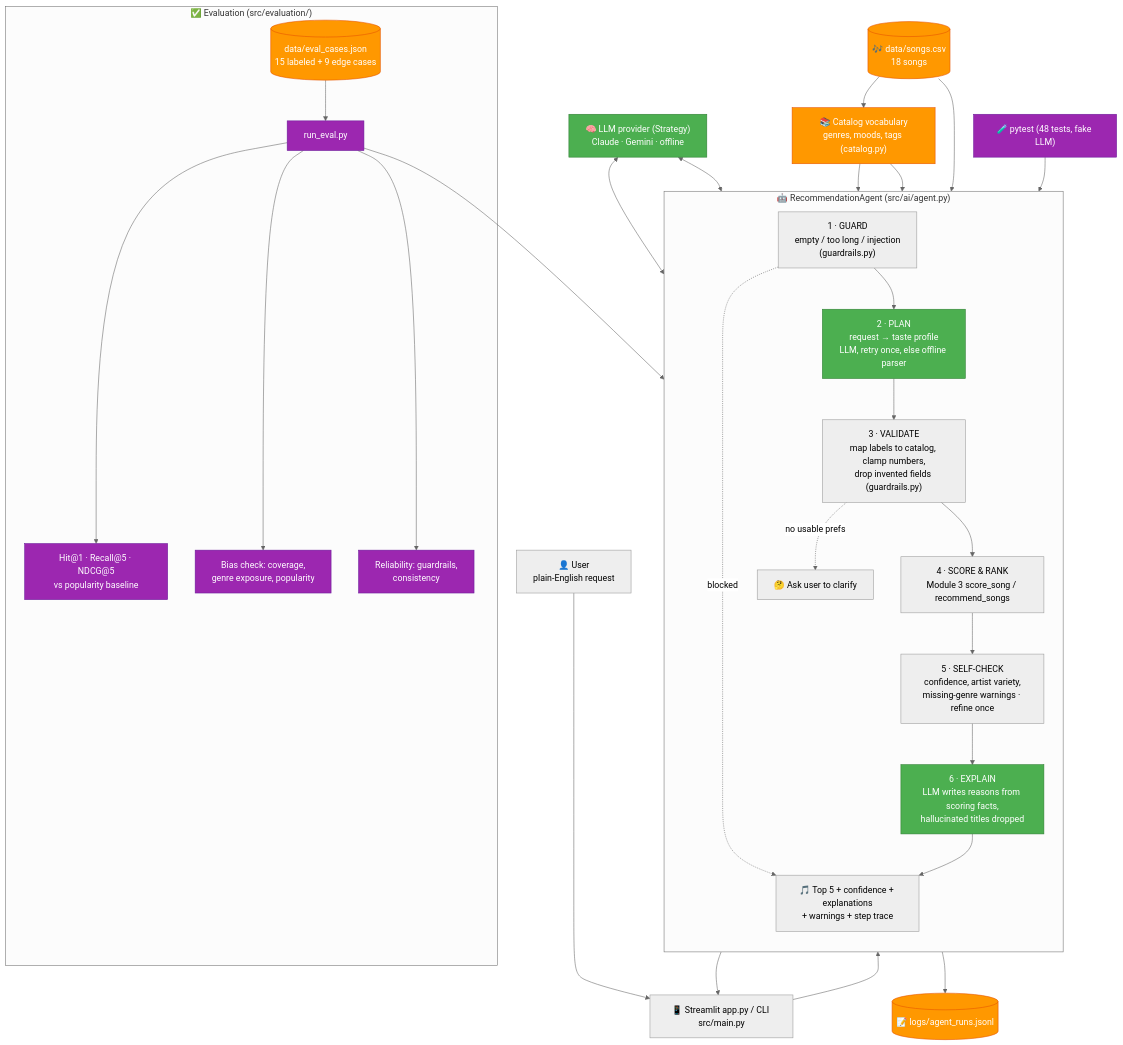
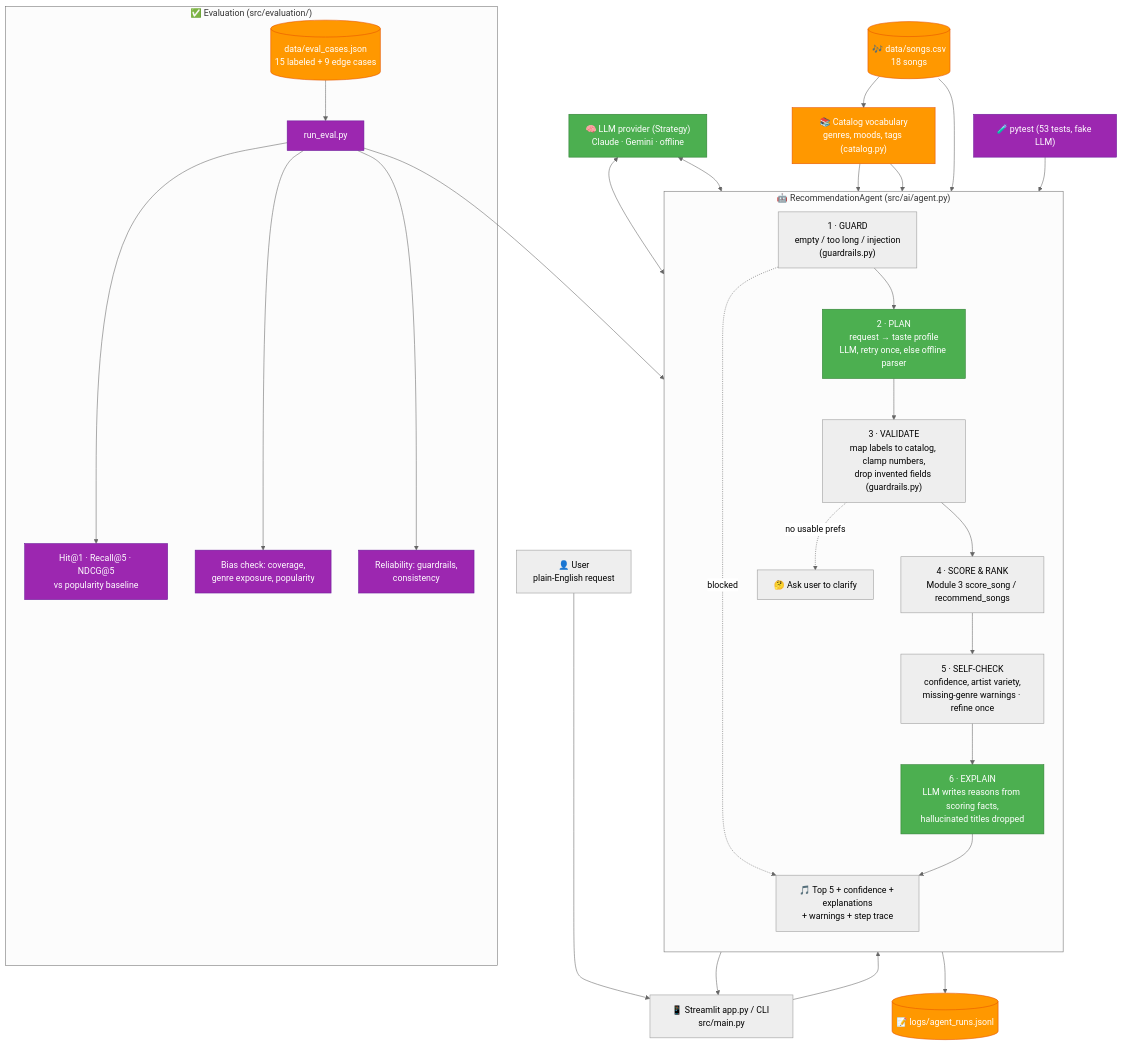
Before and after one commit to zloy-bobr/applied-ai-system-project: the diagram in diagrams/architecture.mmd, drawn with Mermaid (neutral theme). The commit also changed 3 other files, not shown here.

```diff
--- a/diagrams/architecture.mmd
+++ b/diagrams/architecture.mmd
@@ -1,43 +1,43 @@
 flowchart TD
     User["👤 User<br/>plain-English request"] --> UI["📱 Streamlit app.py / CLI src/main.py"]
     UI --> Agent
 
     subgraph Agent["🤖 RecommendationAgent (src/ai/agent.py)"]
         direction TB
         G["1 · GUARD<br/>empty / too long / injection<br/>(guardrails.py)"]
         P["2 · PLAN<br/>request → taste profile<br/>LLM, retry once, else offline parser"]
         V["3 · VALIDATE<br/>map labels to catalog, clamp numbers,<br/>drop invented fields (guardrails.py)"]
         S["4 · SCORE & RANK<br/>Module 3 score_song / recommend_songs"]
         C["5 · SELF-CHECK<br/>confidence, artist variety,<br/>missing-genre warnings · refine once"]
         E["6 · EXPLAIN<br/>LLM writes reasons from scoring facts,<br/>hallucinated titles dropped"]
         G --> P --> V --> S --> C --> E
         G -. blocked .-> Out
         V -. no usable prefs .-> Clarify["🤔 Ask user to clarify"]
     end
 
     LLM["🧠 LLM provider (Strategy)<br/>Claude · Gemini · offline"] <--> P
     LLM <--> E
     Vocab["📚 Catalog vocabulary<br/>genres, moods, tags (catalog.py)"] --> P
     Vocab --> V
     Songs[("🎶 data/songs.csv<br/>18 songs")] --> Vocab
     Songs --> S
 
     E --> Out["🎵 Top 5 + confidence + explanations<br/>+ warnings + step trace"]
     Out --> UI
     Agent --> Log[("📝 logs/agent_runs.jsonl")]
 
     subgraph Eval["✅ Evaluation (src/evaluation/)"]
         Cases[("data/eval_cases.json<br/>15 labeled + 9 edge cases")] --> Harness["run_eval.py"]
         Harness --> Metrics["Hit@1 · Recall@5 · NDCG@5<br/>vs popularity baseline"]
         Harness --> Bias["Bias check: coverage,<br/>genre exposure, popularity"]
         Harness --> Rel["Reliability: guardrails,<br/>consistency"]
     end
     Harness --> Agent
-    Tests["🧪 pytest (48 tests, fake LLM)"] --> Agent
+    Tests["🧪 pytest (53 tests, fake LLM)"] --> Agent
 
     classDef ai fill:#4CAF50,stroke:#2E7D32,color:#fff
     classDef data fill:#FF9800,stroke:#E65100,color:#fff
     classDef eval fill:#9C27B0,stroke:#6A1B9A,color:#fff
     class P,E,LLM ai
     class Songs,Vocab,Cases,Log data
     class Harness,Metrics,Bias,Rel,Tests eval
```
